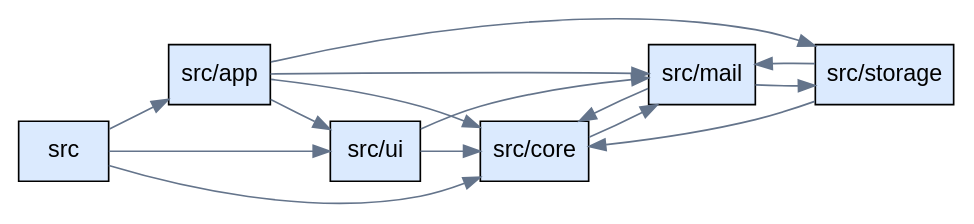
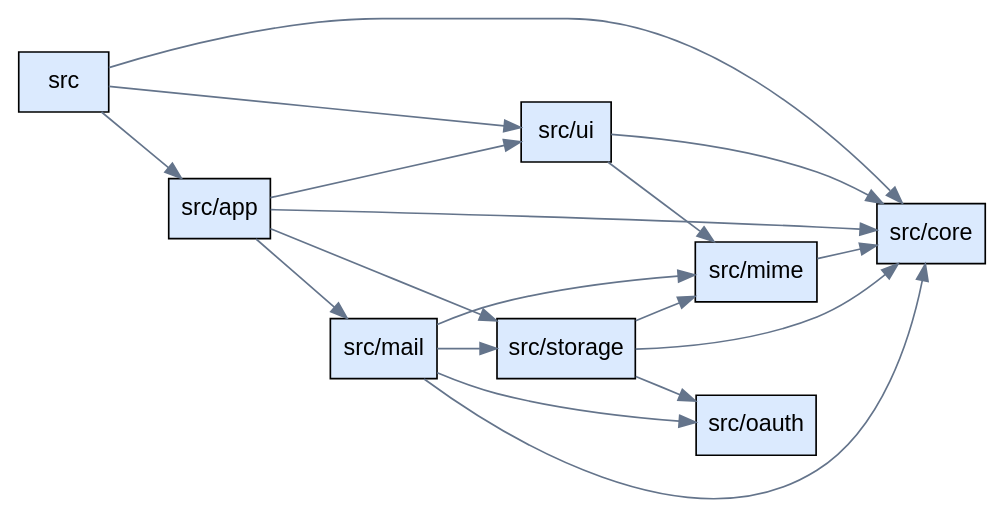
One commit to Kiterai/SmoothMail changed the diagram in docs/dev/architecture/directories.dot. Above: the diagram before and after it, drawn with Graphviz. The commit also changed 36 other files, not shown here.

```diff
--- a/docs/dev/architecture/directories.dot
+++ b/docs/dev/architecture/directories.dot
@@ -1,26 +1,31 @@
 digraph dependencies {
 rankdir=LR;
 graph [fontname="Arial"];
 node [shape=box, fontname="Arial", style=filled];
 edge [color="#64748b"];
 "src" [label="src", fillcolor="#dbeafe"];
 "src/app" [label="src/app", fillcolor="#dbeafe"];
 "src/core" [label="src/core", fillcolor="#dbeafe"];
 "src/mail" [label="src/mail", fillcolor="#dbeafe"];
+"src/mime" [label="src/mime", fillcolor="#dbeafe"];
+"src/oauth" [label="src/oauth", fillcolor="#dbeafe"];
 "src/storage" [label="src/storage", fillcolor="#dbeafe"];
 "src/ui" [label="src/ui", fillcolor="#dbeafe"];
 "src" -> "src/app";
 "src" -> "src/core";
 "src" -> "src/ui";
 "src/app" -> "src/core";
 "src/app" -> "src/mail";
 "src/app" -> "src/storage";
 "src/app" -> "src/ui";
-"src/core" -> "src/mail";
 "src/mail" -> "src/core";
+"src/mail" -> "src/mime";
+"src/mail" -> "src/oauth";
 "src/mail" -> "src/storage";
+"src/mime" -> "src/core";
 "src/storage" -> "src/core";
-"src/storage" -> "src/mail";
+"src/storage" -> "src/mime";
+"src/storage" -> "src/oauth";
 "src/ui" -> "src/core";
-"src/ui" -> "src/mail";
+"src/ui" -> "src/mime";
 }
```
